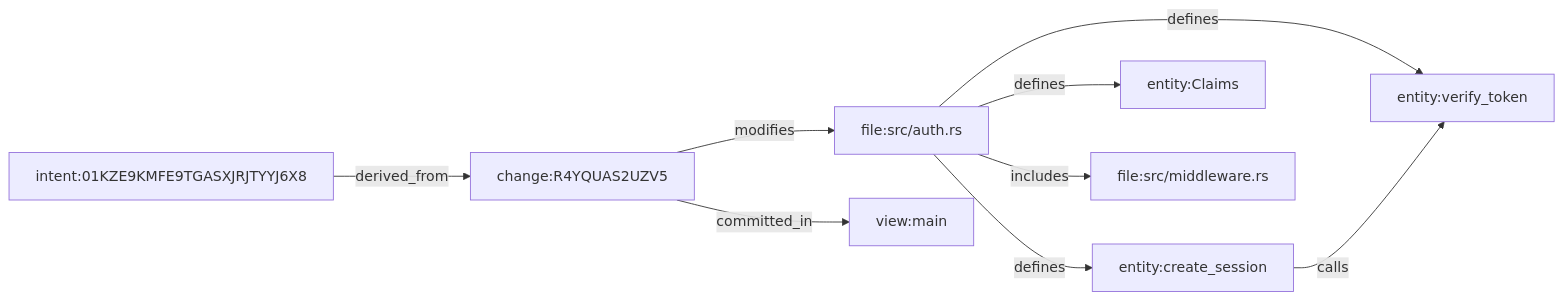
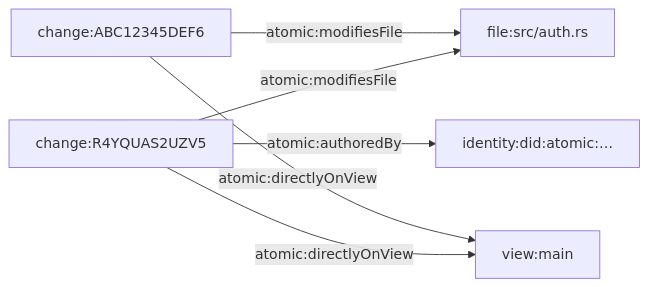
One commit to atomicdotdev/atomic-docs changed the diagram in docs/getting-started/querying-the-graph.md. Above: the diagram before and after it, drawn with Mermaid. The commit also changed other lines of this file and 2 other files, not shown here.

````diff
--- a/docs/getting-started/querying-the-graph.md
+++ b/docs/getting-started/querying-the-graph.md
@@ -423,11 +427,8 @@
 ```mermaid
 graph LR
-    F["file:src/auth.rs"] -- defines --> E1["entity:verify_token"]
-    F -- defines --> E2["entity:create_session"]
-    F -- defines --> E3["entity:Claims"]
-    F -- includes --> F2["file:src/middleware.rs"]
-    E2 -- calls --> E1
-    C["change:R4YQUAS2UZV5"] -- modifies --> F
-    I["intent:01KZE9KMFE9TGASXJRJTYYJ6X8"] -- derived_from --> C
-    C -- committed_in --> V["view:main"]
+    C1["change:R4YQUAS2UZV5"] -- atomic:modifiesFile --> F["file:src/auth.rs"]
+    C2["change:ABC12345DEF6"] -- atomic:modifiesFile --> F
+    C1 -- atomic:directlyOnView --> V["view:main"]
+    C2 -- atomic:directlyOnView --> V
+    C1 -- atomic:authoredBy --> ID["identity:did:atomic:…"]
 ```
````
